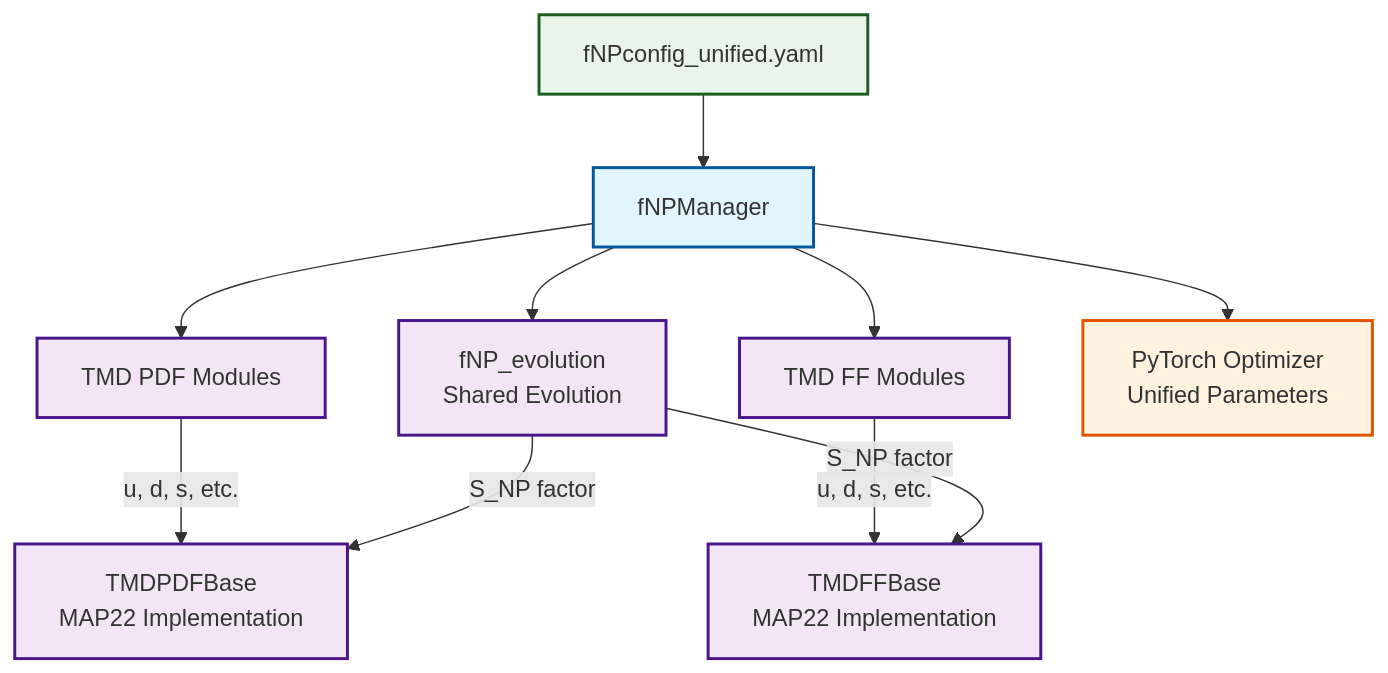
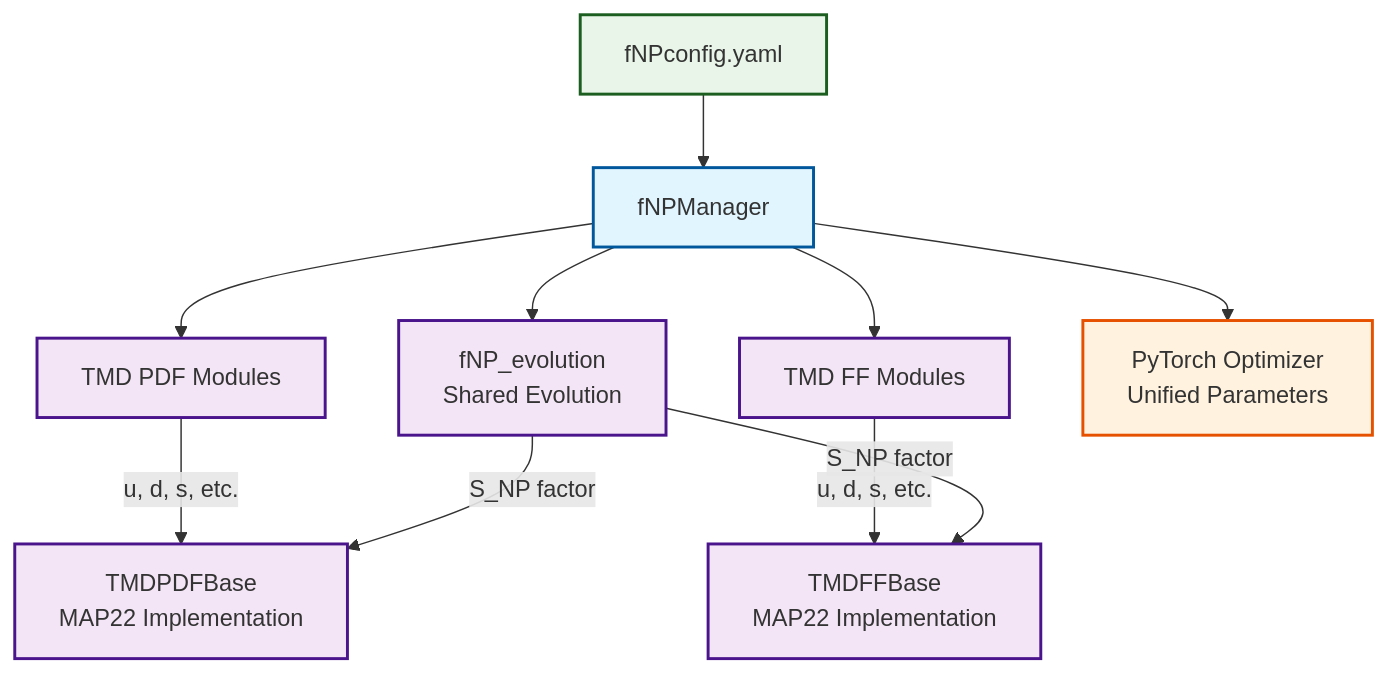
One commit to quantom-collab/tmd changed the first of 2 diagrams in map/docs/fNP.md. Above: the diagram before and after it, drawn with Mermaid. The commit also changed other lines of this file and 3 other files, not shown here.

````diff
--- a/map/docs/fNP.md
+++ b/map/docs/fNP.md
@@ -45,25 +51,25 @@
 ```mermaid
 graph TD
-    Config[fNPconfig_unified.yaml] --> Manager[fNPManager]
+    Config[fNPconfig.yaml] --> Manager[fNPManager]
     Manager --> Evolution[fNP_evolution<br/>Shared Evolution]
     Manager --> PDFModules[TMD PDF Modules]
     Manager --> FFModules[TMD FF Modules]
     
     PDFModules --> |"u, d, s, etc."| PDFBase[TMDPDFBase<br/>MAP22 Implementation]
     FFModules --> |"u, d, s, etc."| FFBase[TMDFFBase<br/>MAP22 Implementation]
     
     Evolution --> |S_NP factor| PDFBase
     Evolution --> |S_NP factor| FFBase
     
     Manager --> Optimizer[PyTorch Optimizer<br/>Unified Parameters]
     
     classDef config fill:#e8f5e8,stroke:#1b5e20,stroke-width:2px
     classDef manager fill:#e1f5fe,stroke:#01579b,stroke-width:2px
     classDef module fill:#f3e5f5,stroke:#4a148c,stroke-width:2px
     classDef optimizer fill:#fff3e0,stroke:#e65100,stroke-width:2px
     
     class Config config
     class Manager manager
     class Evolution,PDFModules,FFModules,PDFBase,FFBase module
     class Optimizer optimizer
 ```
````
